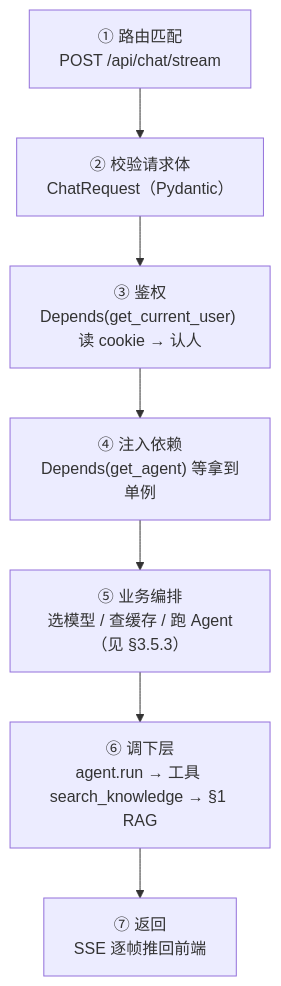
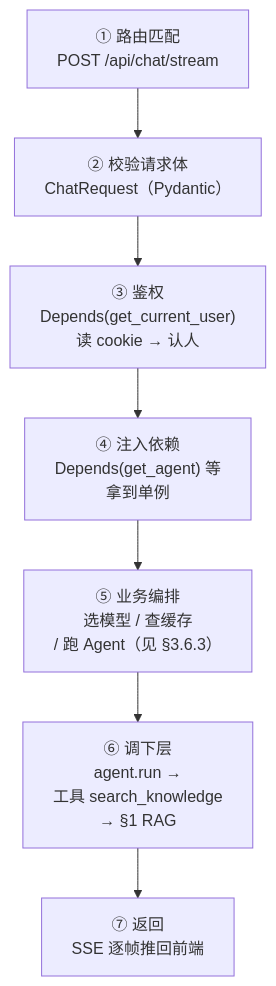
The seventh of 7 diagrams in docs/code.md (michaelwangzhenan/AgentA), drawn with Mermaid before and after one commit. The commit also changed other lines of this file and 9 other files, not shown here.

````diff
--- a/docs/code.md
+++ b/docs/code.md
@@ -857,9 +857,9 @@
 ```mermaid
 graph TD
  A["① 路由匹配<br/>POST /api/chat/stream"] --> B["② 校验请求体<br/>ChatRequest（Pydantic）"]
- B --> C["③ 鉴权<br/>Depends(get_current_user) 读 cookie → 认人"]
- C --> D["④ 注入依赖<br/>Depends(get_agent) 等拿到单例"]
- D --> E["⑤ 业务编排<br/>选模型 / 查缓存 / 跑 Agent（见 §3.5.3）"]
- E --> F["⑥ 调下层<br/>agent.run → 工具 search_knowledge → §1 RAG"]
+ B --> C["③ 鉴权<br/>Depends(get_current_user) <br/>读 cookie → 认人"]
+ C --> D["④ 注入依赖<br/>Depends(get_agent) 等<br/>拿到单例"]
+ D --> E["⑤ 业务编排<br/>选模型 / 查缓存 <br/>/ 跑 Agent（见 §3.6.3）"]
+ E --> F["⑥ 调下层<br/>agent.run → <br/>工具 search_knowledge <br/>→ §1 RAG"]
  F --> G["⑦ 返回<br/>SSE 逐帧推回前端"]
 ```
````
